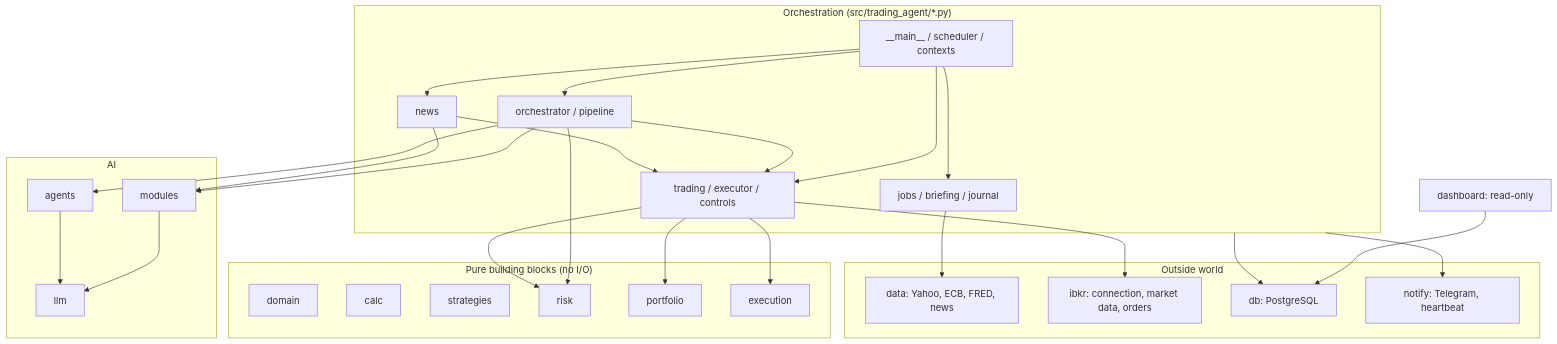
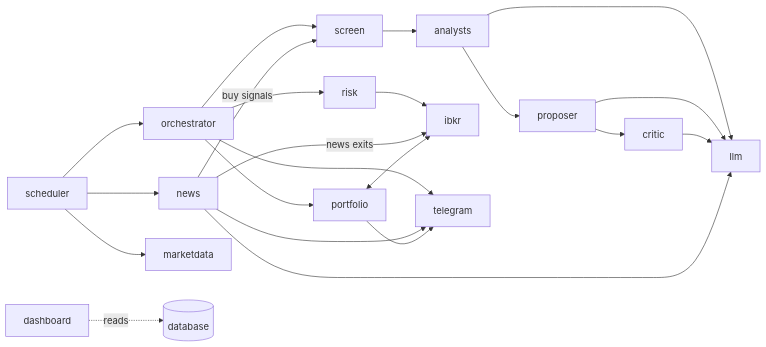
The diagram in CODE.md (klausrossmann/trading-agent), drawn with Mermaid before and after one commit. The commit also changed other lines of this file and 276 other files, not shown here.

````diff
--- a/CODE.md
+++ b/CODE.md
@@ -23,39 +74,15 @@
 ```mermaid
-flowchart TB
-    subgraph Orchestration["Orchestration (src/trading_agent/*.py)"]
-        MAIN[__main__ / scheduler / contexts]
-        ORCH[orchestrator / pipeline]
-        NEWS[news]
-        JOBS[jobs / briefing / journal]
-        TRAD[trading / executor / controls]
-    end
-    subgraph Pure["Pure building blocks (no I/O)"]
-        DOMAIN[domain]
-        CALC[calc]
-        STRAT[strategies]
-        RISK[risk]
-        PORT[portfolio]
-        EXEC[execution]
-    end
-    subgraph AI["AI"]
-        LLM[llm]
-        MOD[modules]
-        AG[agents]
-    end
-    subgraph IO["Outside world"]
-        DATA[data: Yahoo, ECB, FRED, news]
-        IBKR[ibkr: connection, market data, orders]
-        DB[db: PostgreSQL]
-        NOTIFY[notify: Telegram, heartbeat]
-    end
-    DASH[dashboard: read-only]
-
-    MAIN --> ORCH & NEWS & JOBS & TRAD
-    ORCH --> AG & MOD & RISK & TRAD
-    NEWS --> MOD & TRAD
-    MOD & AG --> LLM
-    TRAD --> EXEC & IBKR & RISK & PORT
-    JOBS --> DATA
-    Orchestration --> DB & NOTIFY
-    DASH --> DB
+flowchart LR
+    SCHED[scheduler] --> ORCH[orchestrator]
+    SCHED --> NEWS[news]
+    SCHED --> MD[marketdata]
+    ORCH --> SCREEN[screen] --> AN[analysts] --> PROP[proposer] --> CRIT[critic]
+    ORCH --> RISK[risk] --> IBKR[ibkr]
+    ORCH --> PORT[portfolio]
+    NEWS -- buy signals --> SCREEN
+    NEWS -- news exits --> IBKR
+    PORT <--> IBKR
+    AN & PROP & CRIT & NEWS --> LLM[llm]
+    ORCH & NEWS & PORT --> TG[telegram]
+    DASH[dashboard] -. reads .-> DB[(database)]
 ```
````
